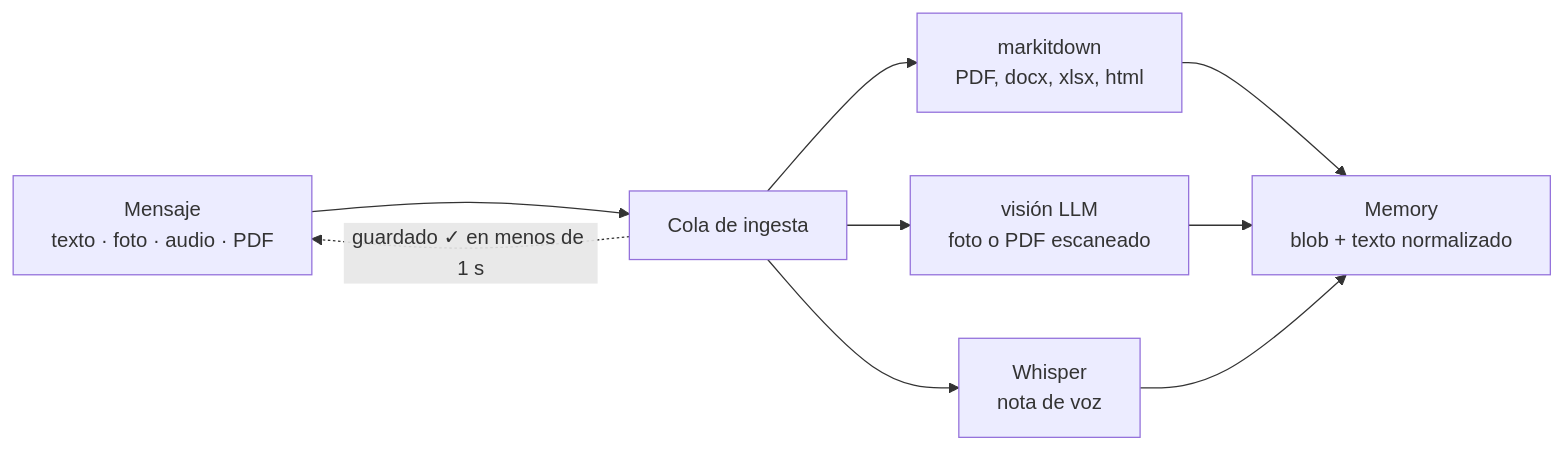
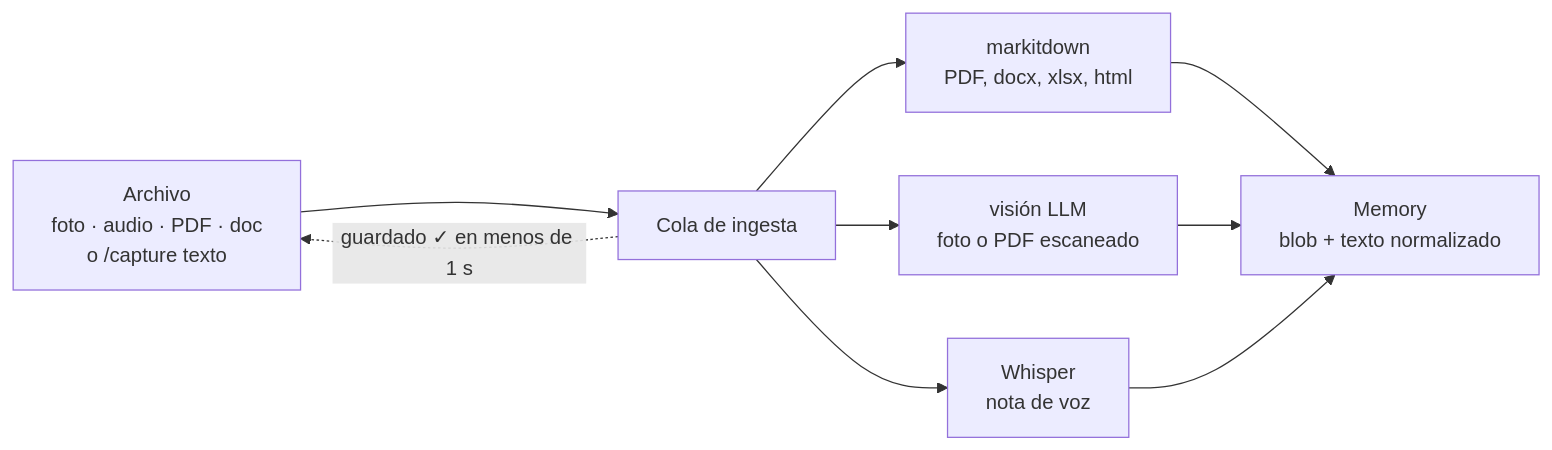
One commit to albertdeiz/deiz-memory changed the first of 15 diagrams in CASOS-DE-USO.md. Above: the diagram before and after it, drawn with Mermaid. The commit also changed other lines of this file and 2 other files, not shown here.

````diff
--- a/CASOS-DE-USO.md
+++ b/CASOS-DE-USO.md
@@ -33,11 +33,11 @@
 ```mermaid
 flowchart LR
-  M["Mensaje<br/>texto · foto · audio · PDF"] --> Q["Cola de ingesta"]
+  M["Archivo<br/>foto · audio · PDF · doc<br/>o /capture texto"] --> Q["Cola de ingesta"]
   Q -.->|"guardado ✓ en menos de 1 s"| M
   Q --> A["markitdown<br/>PDF, docx, xlsx, html"]
   Q --> B["visión LLM<br/>foto o PDF escaneado"]
   Q --> C["Whisper<br/>nota de voz"]
   A --> R["Memory<br/>blob + texto normalizado"]
   B --> R
   C --> R
 ```
````
